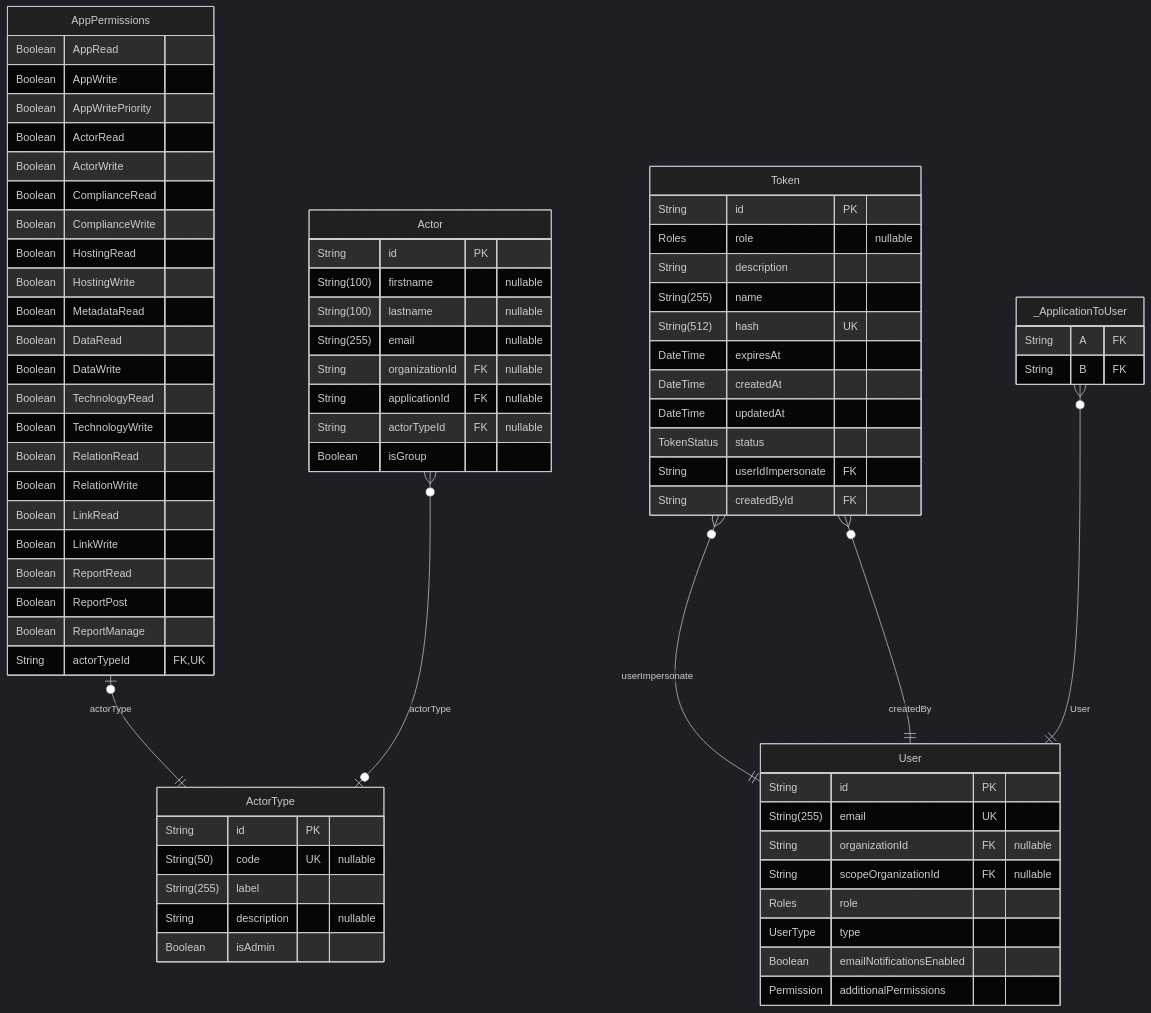
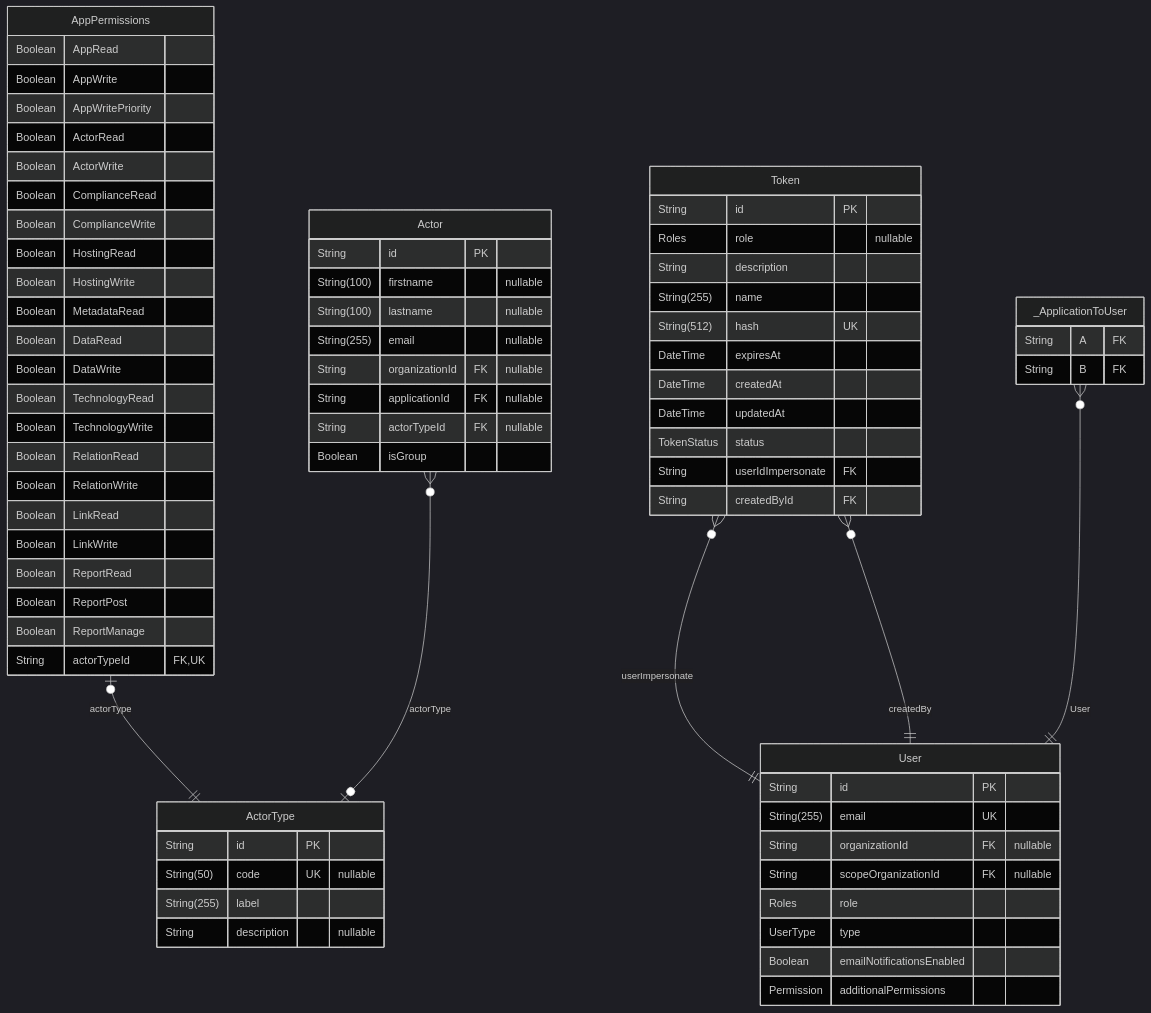
The tenth of 14 diagrams in backend/prisma/docs/schema.md (dnum-mi/referentiel-applications), drawn with Mermaid (dark theme) before and after one commit. The commit also changed other lines of this file and 1 other file, not shown here.

````diff
--- a/backend/prisma/docs/schema.md
+++ b/backend/prisma/docs/schema.md
@@ -780,76 +780,75 @@
 ```mermaid
 erDiagram
 "AppPermissions" {
   Boolean AppRead
   Boolean AppWrite
   Boolean AppWritePriority
   Boolean ActorRead
   Boolean ActorWrite
   Boolean ComplianceRead
   Boolean ComplianceWrite
   Boolean HostingRead
   Boolean HostingWrite
   Boolean MetadataRead
   Boolean DataRead
   Boolean DataWrite
   Boolean TechnologyRead
   Boolean TechnologyWrite
   Boolean RelationRead
   Boolean RelationWrite
   Boolean LinkRead
   Boolean LinkWrite
   Boolean ReportRead
   Boolean ReportPost
   Boolean ReportManage
   String actorTypeId FK,UK
 }
 "Token" {
   String id PK
   Roles role "nullable"
   String description
   String(255) name
   String(512) hash UK
   DateTime expiresAt
   DateTime createdAt
   DateTime updatedAt
   TokenStatus status
   String userIdImpersonate FK
   String createdById FK
 }
 "User" {
   String id PK
   String(255) email UK
   String organizationId FK "nullable"
   String scopeOrganizationId FK "nullable"
   Roles role
   UserType type
   Boolean emailNotificationsEnabled
   Permission additionalPermissions
 }
 "Actor" {
   String id PK
   String(100) firstname "nullable"
   String(100) lastname "nullable"
   String(255) email "nullable"
   String organizationId FK "nullable"
   String applicationId FK "nullable"
   String actorTypeId FK "nullable"
   Boolean isGroup
 }
 "ActorType" {
   String id PK
   String(50) code UK "nullable"
   String(255) label
   String description "nullable"
-  Boolean isAdmin
 }
 "_ApplicationToUser" {
   String A FK
   String B FK
 }
 "AppPermissions" |o--|| "ActorType" : actorType
 "Token" }o--|| "User" : userImpersonate
 "Token" }o--|| "User" : createdBy
 "Actor" }o--o| "ActorType" : actorType
 "_ApplicationToUser" }o--|| "User" : User
 ```
````
